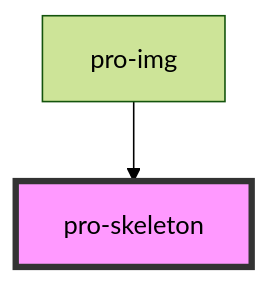
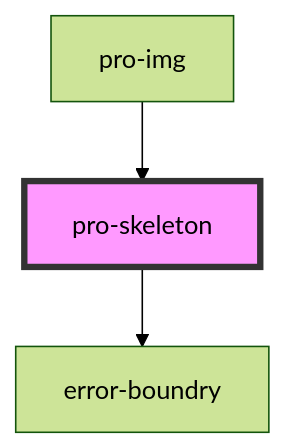
One commit to aab1dh/pro changed the diagram in src/atoms/skeleton/readme.md. Above: the diagram before and after it, drawn with Mermaid (forest theme). The commit also changed other lines of this file and 15 other files, not shown here.

````diff
--- a/src/atoms/skeleton/readme.md
+++ b/src/atoms/skeleton/readme.md
@@ -15,5 +19,6 @@
 ```mermaid
 graph TD;
+  pro-skeleton --> error-boundry
   pro-img --> pro-skeleton
   style pro-skeleton fill:#f9f,stroke:#333,stroke-width:4px
 ```
````
